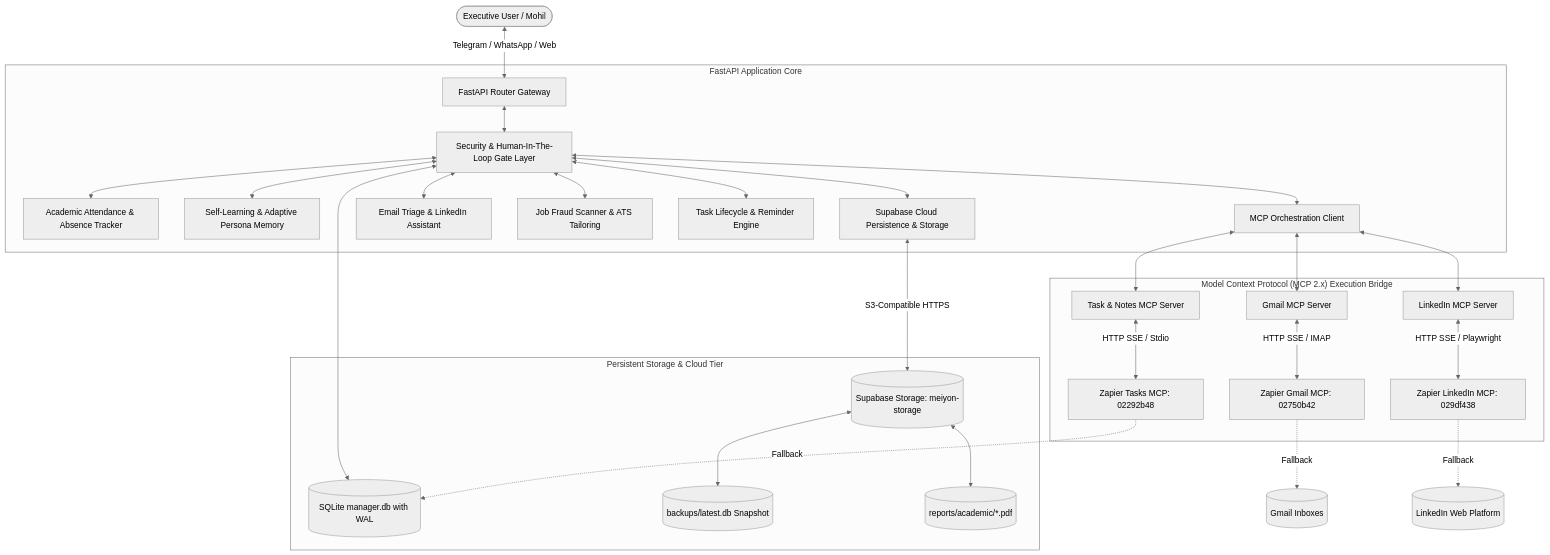
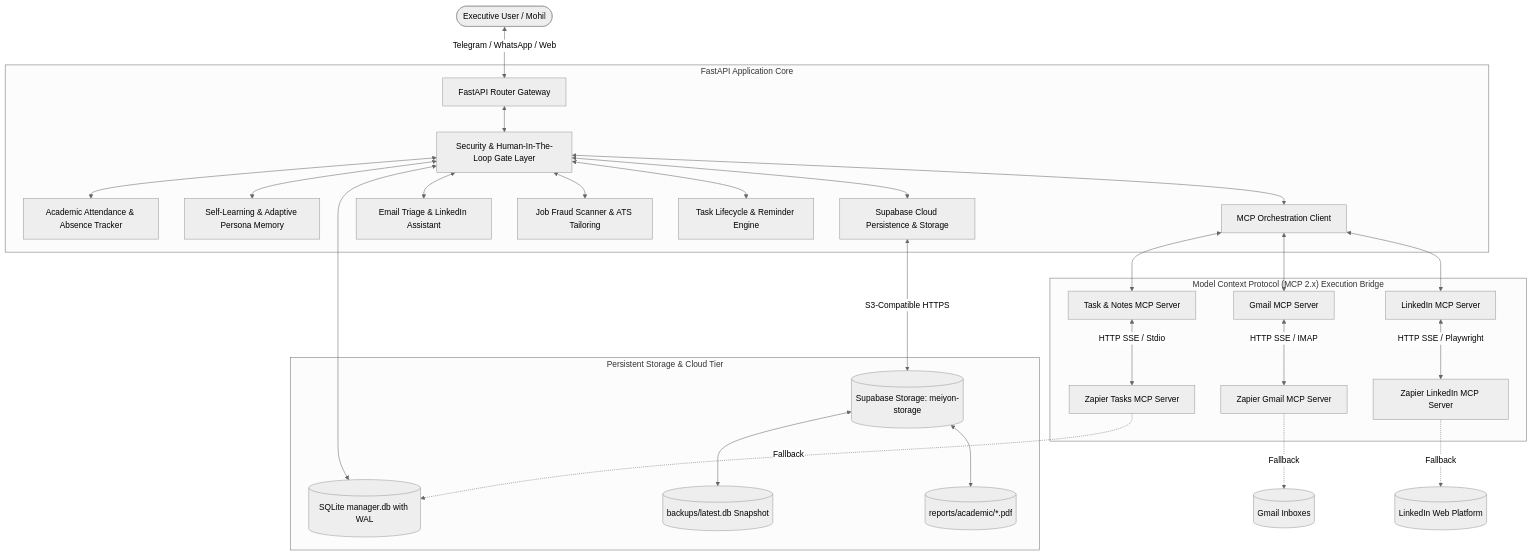
One commit to Mohilc/meiyonpersonalai changed the first of 5 diagrams in README.md. Above: the diagram before and after it, drawn with Mermaid (neutral theme). The commit also changed other lines of this file and 2 other files, not shown here.

````diff
--- a/README.md
+++ b/README.md
@@ -95,37 +95,37 @@
 ```mermaid
 graph TD
     User([Executive User / Mohil]) <-->|Telegram / WhatsApp / Web| Gateway[FastAPI Router Gateway]
     
     subgraph "FastAPI Application Core"
         Gateway <--> SafetyGate[Security & Human-In-The-Loop Gate Layer]
         
         SafetyGate <--> AcademicSvc[Academic Attendance & Absence Tracker]
         SafetyGate <--> LearningSvc[Self-Learning & Adaptive Persona Memory]
         SafetyGate <--> SupabaseSvc[Supabase Cloud Persistence & Storage]
         SafetyGate <--> CommSvc[Email Triage & LinkedIn Assistant]
         SafetyGate <--> CareerSvc[Job Fraud Scanner & ATS Tailoring]
         SafetyGate <--> TaskSvc[Task Lifecycle & Reminder Engine]
         SafetyGate <--> MCPSvc[MCP Orchestration Client]
     end
 
     subgraph "Persistent Storage & Cloud Tier"
         SafetyGate <--> DB[(SQLite manager.db with WAL)]
         SupabaseSvc <-->|S3-Compatible HTTPS| SupabaseCloud[(Supabase Storage: meiyon-storage)]
         SupabaseCloud <--> CloudBackups[(backups/latest.db Snapshot)]
         SupabaseCloud <--> CloudReports[(reports/academic/*.pdf)]
     end
 
     subgraph "Model Context Protocol (MCP 2.x) Execution Bridge"
         MCPSvc <--> TaskBridge[Task & Notes MCP Server]
         MCPSvc <--> GmailBridge[Gmail MCP Server]
         MCPSvc <--> LinkedInBridge[LinkedIn MCP Server]
         
-        TaskBridge <-->|HTTP SSE / Stdio| ZapierTasks[Zapier Tasks MCP: 02292b48]
-        GmailBridge <-->|HTTP SSE / IMAP| ZapierGmail[Zapier Gmail MCP: 02750b42]
-        LinkedInBridge <-->|HTTP SSE / Playwright| ZapierLinkedIn[Zapier LinkedIn MCP: 029df438]
+        TaskBridge <-->|HTTP SSE / Stdio| ZapierTasks[Zapier Tasks MCP Server]
+        GmailBridge <-->|HTTP SSE / IMAP| ZapierGmail[Zapier Gmail MCP Server]
+        LinkedInBridge <-->|HTTP SSE / Playwright| ZapierLinkedIn[Zapier LinkedIn MCP Server]
     end
 
     ZapierTasks -.->|Fallback| DB
     ZapierGmail -.->|Fallback| GmailAPI[(Gmail Inboxes)]
     ZapierLinkedIn -.->|Fallback| LinkedInWeb[(LinkedIn Web Platform)]
 ```
````
